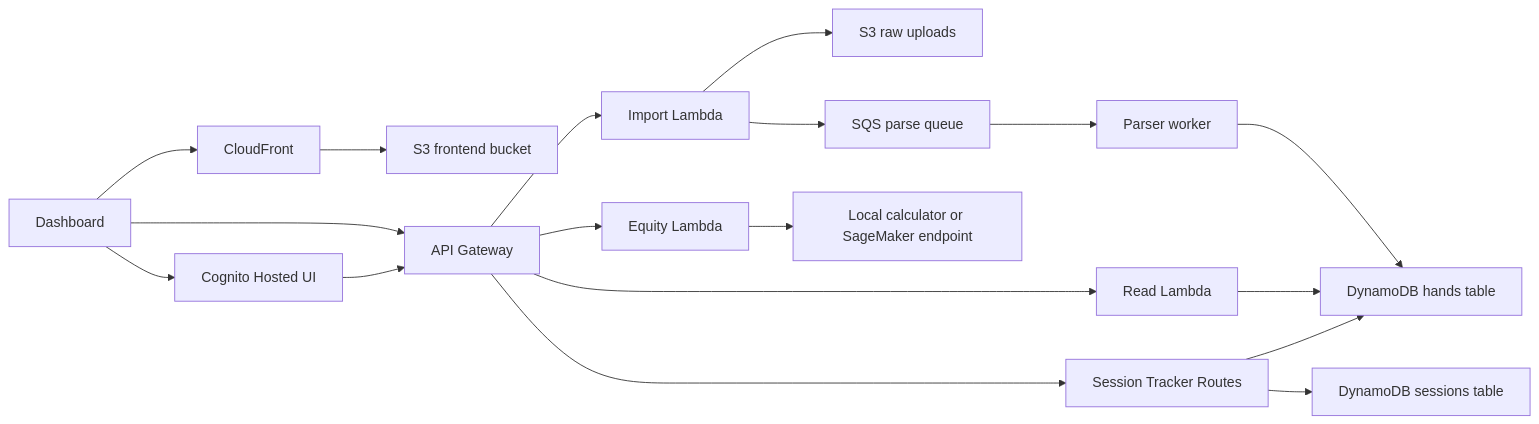
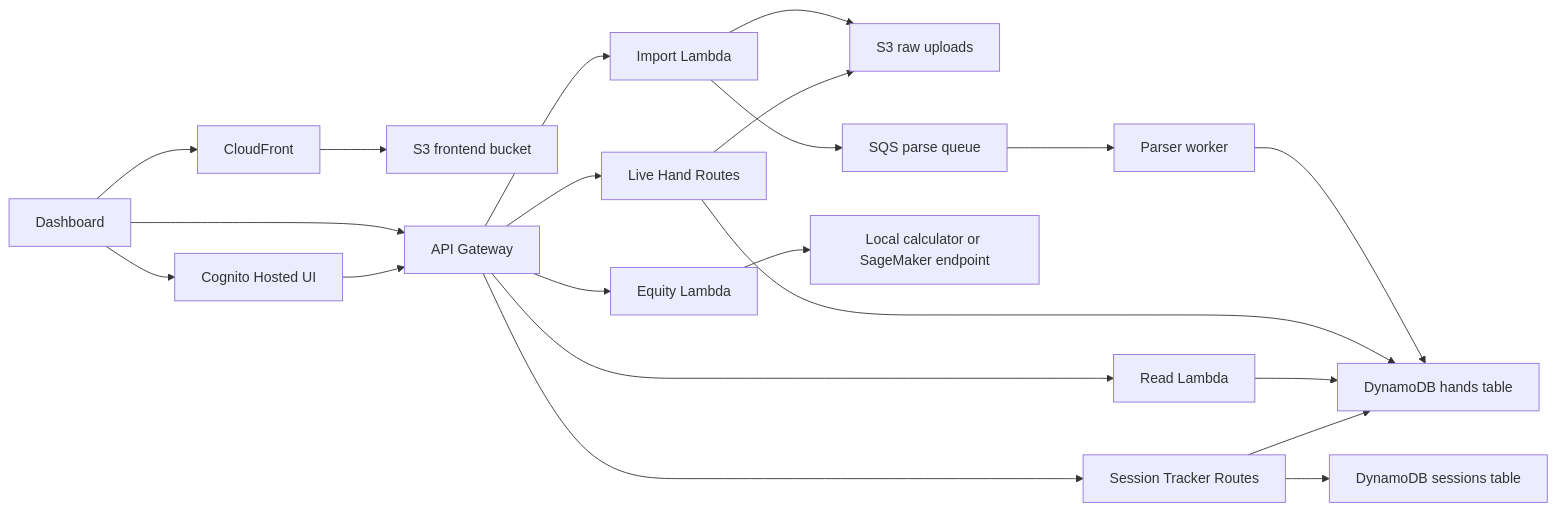
The diagram in docs/architecture.md (yt3328/BackdoorFlush), drawn with Mermaid before and after one commit. The commit also changed other lines of this file and 16 other files, not shown here.

Commit message:
Add live hand builder

````diff
--- a/docs/architecture.md
+++ b/docs/architecture.md
@@ -5,20 +5,23 @@
 ```mermaid
 flowchart LR
   Browser["Dashboard"] --> CloudFront["CloudFront"]
   CloudFront --> FrontendS3["S3 frontend bucket"]
   Browser --> Cognito["Cognito Hosted UI"]
   Browser --> API["API Gateway"]
   Cognito --> API
   API --> ImportLambda["Import Lambda"]
   API --> ReadLambda["Read Lambda"]
+  API --> LiveLambda["Live Hand Routes"]
   API --> EquityLambda["Equity Lambda"]
   API --> SessionLambda["Session Tracker Routes"]
   ImportLambda --> S3["S3 raw uploads"]
   ImportLambda --> Queue["SQS parse queue"]
   Queue --> Parser["Parser worker"]
   Parser --> Dynamo["DynamoDB hands table"]
+  LiveLambda --> S3
+  LiveLambda --> Dynamo
   ReadLambda --> Dynamo
   SessionLambda --> SessionsDynamo["DynamoDB sessions table"]
   SessionLambda --> Dynamo
   EquityLambda --> Model["Local calculator or SageMaker endpoint"]
 ```
````
